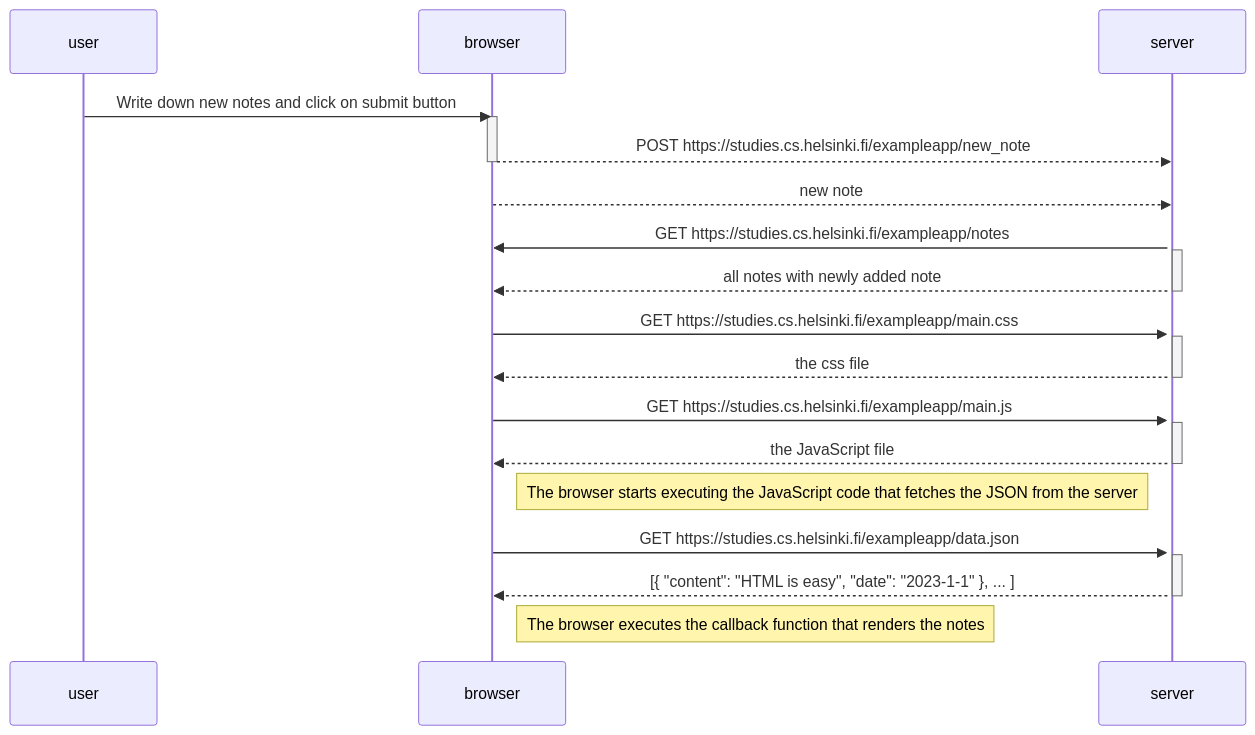
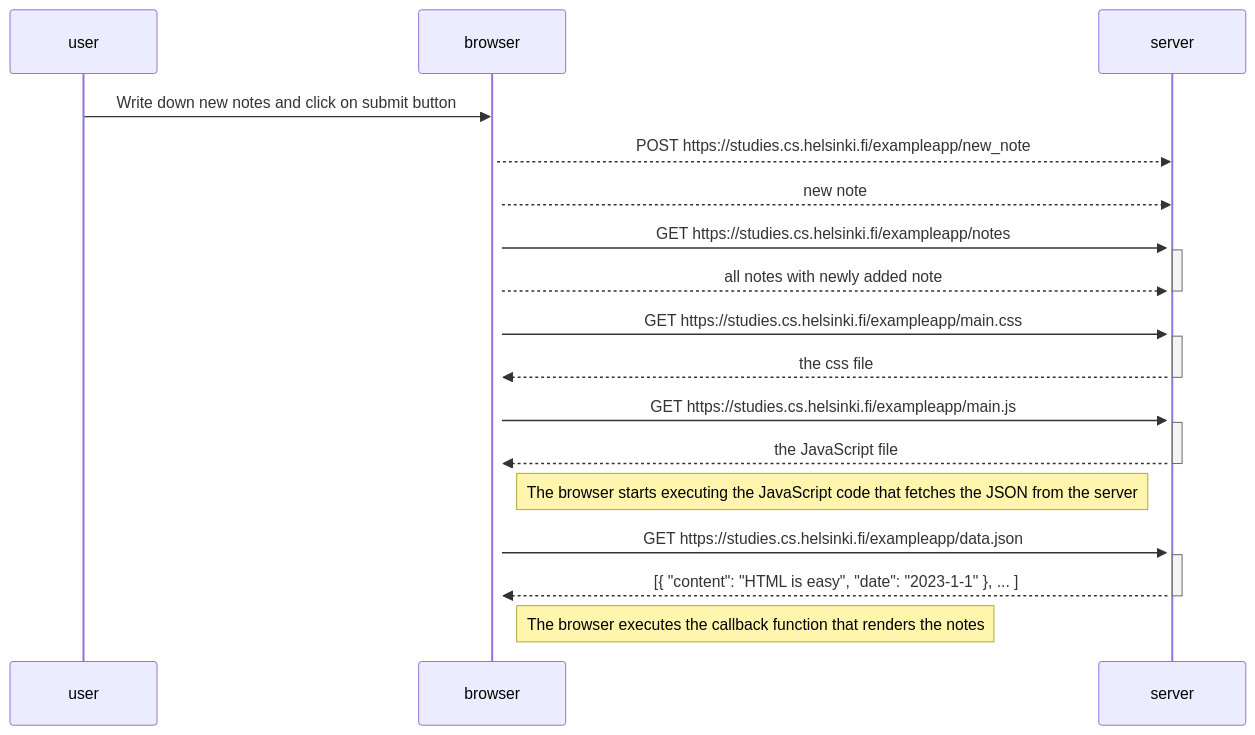
One commit to MingdaMa/Fullstack-Open-Practice changed the first of 3 diagrams in README.md. Above: the diagram before and after it, drawn with Mermaid. The commit also changed other lines of this file, not shown here.

Commit message:
finished drawing diagrams

````diff
--- a/README.md
+++ b/README.md
@@ -4,38 +4,38 @@
 ```mermaid
 sequenceDiagram
     participant user
     participant browser
     participant server
     
     user->>browser: Write down new notes and click on submit button
     activate browser
     browser-->>server: POST https://studies.cs.helsinki.fi/exampleapp/new_note
-    deactivate browser
+    activate browser
     browser-->>server: new note
     activate server
   
     
-    server->>browser: GET https://studies.cs.helsinki.fi/exampleapp/notes
+    browser->>server: GET https://studies.cs.helsinki.fi/exampleapp/notes
     activate server
-    server-->>browser: all notes with newly added note
+    browser-->>server: all notes with newly added note
     deactivate server
 
     browser->>server: GET https://studies.cs.helsinki.fi/exampleapp/main.css
     activate server
     server-->>browser: the css file
     deactivate server
     
     browser->>server: GET https://studies.cs.helsinki.fi/exampleapp/main.js
     activate server
     server-->>browser: the JavaScript file
     deactivate server
     
     Note right of browser: The browser starts executing the JavaScript code that fetches the JSON from the server
     
     browser->>server: GET https://studies.cs.helsinki.fi/exampleapp/data.json
     activate server
     server-->>browser: [{ "content": "HTML is easy", "date": "2023-1-1" }, ... ]
     deactivate server
 
     Note right of browser: The browser executes the callback function that renders the notes
 ```
````
